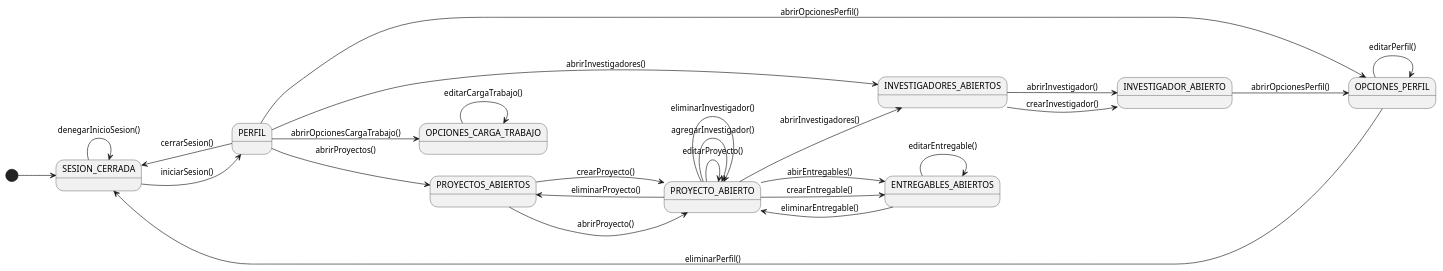
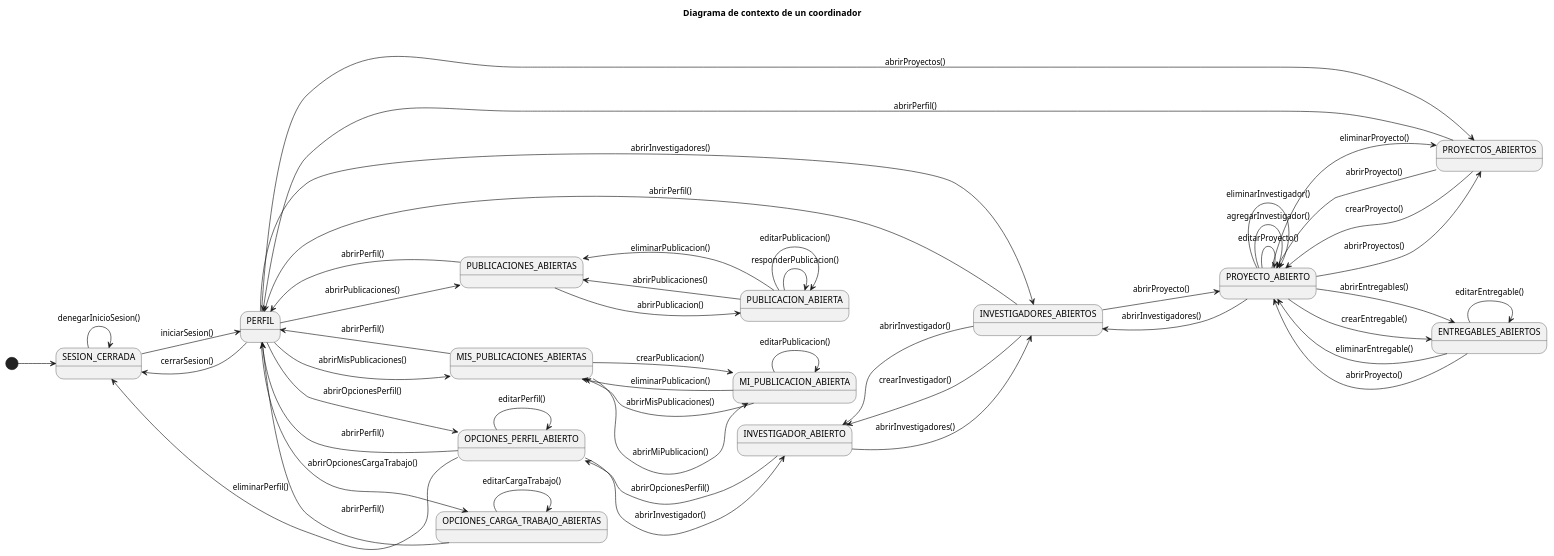
Before and after one commit to 31Diego/25-26-IdSw1-SdR: the diagram in documentación/CasosDeUso/Diagramas/DiagramaContextoCoordinador.puml, drawn with PlantUML. The commit also changed 5 other files, not shown here.

Commit message:
Correción diagrama contexto coordinador y realización de diagrama contexto investigador

```diff
--- a/documentación/CasosDeUso/Diagramas/DiagramaContextoCoordinador.puml
+++ b/documentación/CasosDeUso/Diagramas/DiagramaContextoCoordinador.puml
@@ -1,64 +1,71 @@
 @startuml DiagramaContextoCoordinador
 
+title Diagrama de contexto de un coordinador
+
 left to right direction
-
 
 [*] --> SESION_CERRADA
 SESION_CERRADA --> SESION_CERRADA: denegarInicioSesion()
 SESION_CERRADA --> PERFIL: iniciarSesion()
 PERFIL --> SESION_CERRADA: cerrarSesion()
-
-
-PERFIL --> OPCIONES_PERFIL: abrirOpcionesPerfil()
-PERFIL --> OPCIONES_CARGA_TRABAJO: abrirOpcionesCargaTrabajo()
+PERFIL --> OPCIONES_PERFIL_ABIERTO: abrirOpcionesPerfil()
+PERFIL --> OPCIONES_CARGA_TRABAJO_ABIERTAS: abrirOpcionesCargaTrabajo()
 PERFIL --> PROYECTOS_ABIERTOS: abrirProyectos()
 PERFIL --> INVESTIGADORES_ABIERTOS: abrirInvestigadores()
+PERFIL --> MIS_PUBLICACIONES_ABIERTAS: abrirMisPublicaciones()
+PERFIL --> PUBLICACIONES_ABIERTAS: abrirPublicaciones()
 
+PUBLICACIONES_ABIERTAS --> PUBLICACION_ABIERTA: abrirPublicacion()
+PUBLICACION_ABIERTA --> PUBLICACION_ABIERTA: responderPublicacion()
+PUBLICACION_ABIERTA --> PUBLICACION_ABIERTA: editarPublicacion()
+PUBLICACION_ABIERTA --> PUBLICACIONES_ABIERTAS: eliminarPublicacion()
 
-OPCIONES_PERFIL --> OPCIONES_PERFIL: editarPerfil()
-OPCIONES_PERFIL --> SESION_CERRADA: eliminarPerfil()
+MIS_PUBLICACIONES_ABIERTAS --> MI_PUBLICACION_ABIERTA: abrirMiPublicacion()
+MIS_PUBLICACIONES_ABIERTAS --> MI_PUBLICACION_ABIERTA: crearPublicacion()
+MI_PUBLICACION_ABIERTA --> MI_PUBLICACION_ABIERTA: editarPublicacion()
+MI_PUBLICACION_ABIERTA --> MIS_PUBLICACIONES_ABIERTAS: eliminarPublicacion()
 
+OPCIONES_PERFIL_ABIERTO --> OPCIONES_PERFIL_ABIERTO: editarPerfil()
+OPCIONES_PERFIL_ABIERTO --> SESION_CERRADA: eliminarPerfil()
 
-
-
-OPCIONES_CARGA_TRABAJO --> OPCIONES_CARGA_TRABAJO: editarCargaTrabajo()
-
-
+OPCIONES_CARGA_TRABAJO_ABIERTAS --> OPCIONES_CARGA_TRABAJO_ABIERTAS: editarCargaTrabajo()
 
 PROYECTOS_ABIERTOS --> PROYECTO_ABIERTO: abrirProyecto()
 PROYECTOS_ABIERTOS --> PROYECTO_ABIERTO: crearProyecto()
-
 PROYECTO_ABIERTO --> PROYECTO_ABIERTO: editarProyecto()
 PROYECTO_ABIERTO --> PROYECTOS_ABIERTOS: eliminarProyecto()
 PROYECTO_ABIERTO --> PROYECTO_ABIERTO: agregarInvestigador()
 PROYECTO_ABIERTO --> PROYECTO_ABIERTO: eliminarInvestigador()
+PROYECTO_ABIERTO --> ENTREGABLES_ABIERTOS: abrirEntregables()
+PROYECTO_ABIERTO --> ENTREGABLES_ABIERTOS: crearEntregable()
 
-
-PROYECTO_ABIERTO --> ENTREGABLES_ABIERTOS: abirEntregables()
-PROYECTO_ABIERTO --> ENTREGABLES_ABIERTOS: crearEntregable()
 ENTREGABLES_ABIERTOS --> ENTREGABLES_ABIERTOS: editarEntregable()
 ENTREGABLES_ABIERTOS --> PROYECTO_ABIERTO: eliminarEntregable()
-
 
 PROYECTO_ABIERTO --> INVESTIGADORES_ABIERTOS: abrirInvestigadores()
 
 INVESTIGADORES_ABIERTOS --> INVESTIGADOR_ABIERTO: abrirInvestigador()
 INVESTIGADORES_ABIERTOS --> INVESTIGADOR_ABIERTO: crearInvestigador()
 
+INVESTIGADOR_ABIERTO --> OPCIONES_PERFIL_ABIERTO: abrirOpcionesPerfil()
 
-INVESTIGADOR_ABIERTO --> OPCIONES_PERFIL: abrirOpcionesPerfil()
+PUBLICACIONES_ABIERTAS --> PERFIL: abrirPerfil()
+PUBLICACION_ABIERTA --> PUBLICACIONES_ABIERTAS: abrirPublicaciones()
 
+MIS_PUBLICACIONES_ABIERTAS --> PERFIL: abrirPerfil()
+MI_PUBLICACION_ABIERTA --> MIS_PUBLICACIONES_ABIERTAS: abrirMisPublicaciones()
 
+PROYECTOS_ABIERTOS --> PERFIL: abrirPerfil()
+PROYECTO_ABIERTO --> PROYECTOS_ABIERTOS: abrirProyectos()
 
+ENTREGABLES_ABIERTOS --> PROYECTO_ABIERTO: abrirProyecto()
 
+INVESTIGADORES_ABIERTOS --> PROYECTO_ABIERTO: abrirProyecto()
+INVESTIGADORES_ABIERTOS --> PERFIL: abrirPerfil()
+INVESTIGADOR_ABIERTO --> INVESTIGADORES_ABIERTOS: abrirInvestigadores()
 
-
-
-
-
-
-
-
-
+OPCIONES_CARGA_TRABAJO_ABIERTAS --> PERFIL: abrirPerfil()
+OPCIONES_PERFIL_ABIERTO --> PERFIL: abrirPerfil()
+OPCIONES_PERFIL_ABIERTO --> INVESTIGADOR_ABIERTO: abrirInvestigador()
 
 @enduml
```
